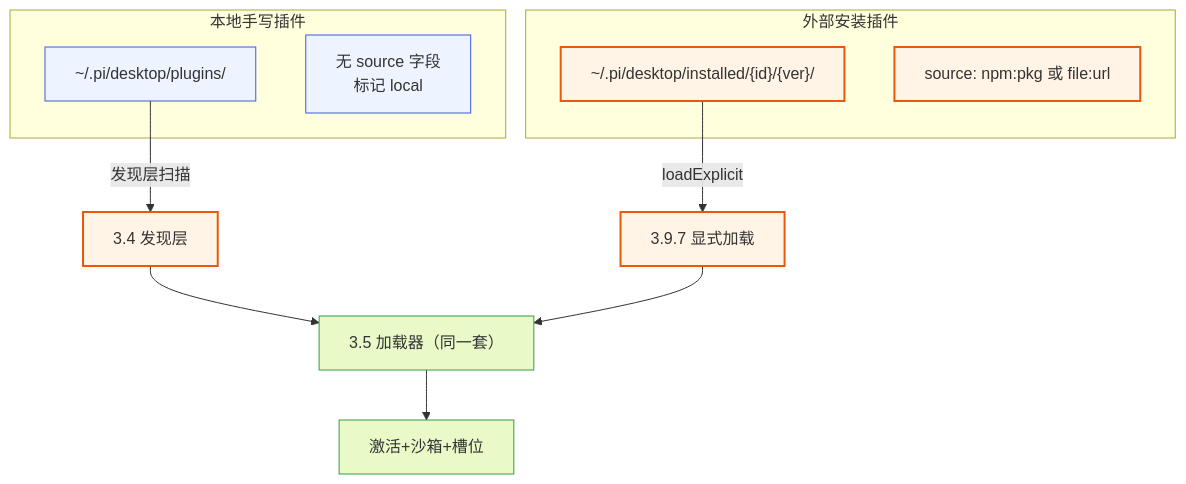
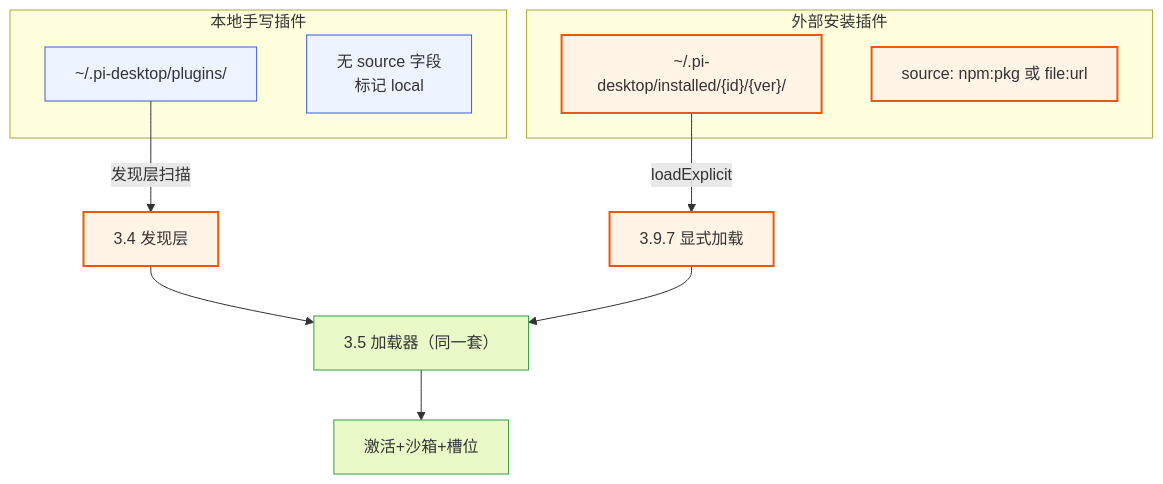
Before and after one commit to GOODDAYDAY/my-harness-desktop: the third of 10 diagrams in docs/guides/21-guide-external-plugins.md, drawn with Mermaid. The commit also changed other lines of this file and 21 other files, not shown here.

````diff
--- a/docs/guides/21-guide-external-plugins.md
+++ b/docs/guides/21-guide-external-plugins.md
@@ -365,23 +365,23 @@
 ```mermaid
 flowchart TD
     subgraph LOCAL["本地手写插件"]
-        L1["~/.pi/desktop/plugins/"]
+        L1["~/.pi-desktop/plugins/"]
         L2["无 source 字段<br/>标记 local"]
     end
     subgraph INSTALLED["外部安装插件"]
-        I1["~/.pi/desktop/installed/{id}/{ver}/"]
+        I1["~/.pi-desktop/installed/{id}/{ver}/"]
         I2["source: npm:pkg 或 file:url"]
     end
     L1 -->|"发现层扫描"| DISCOVER["3.4 发现层"]
     I1 -->|"loadExplicit"| EXPLICIT["3.9.7 显式加载"]
     DISCOVER --> LOADER["3.5 加载器（同一套）"]
     EXPLICIT --> LOADER
     LOADER --> RUN["激活+沙箱+槽位"]
     classDef local fill:#eef4ff,stroke:#3b5bdb;
     classDef inst fill:#fff4e6,stroke:#e8590c,stroke-width:2px;
     classDef res fill:#e9fac8,stroke:#2f9e44;
     class L1,L2 local;
     class I1,I2 inst;
     class DISCOVER,EXPLICIT inst;
     class LOADER,RUN res;
 ```
````
